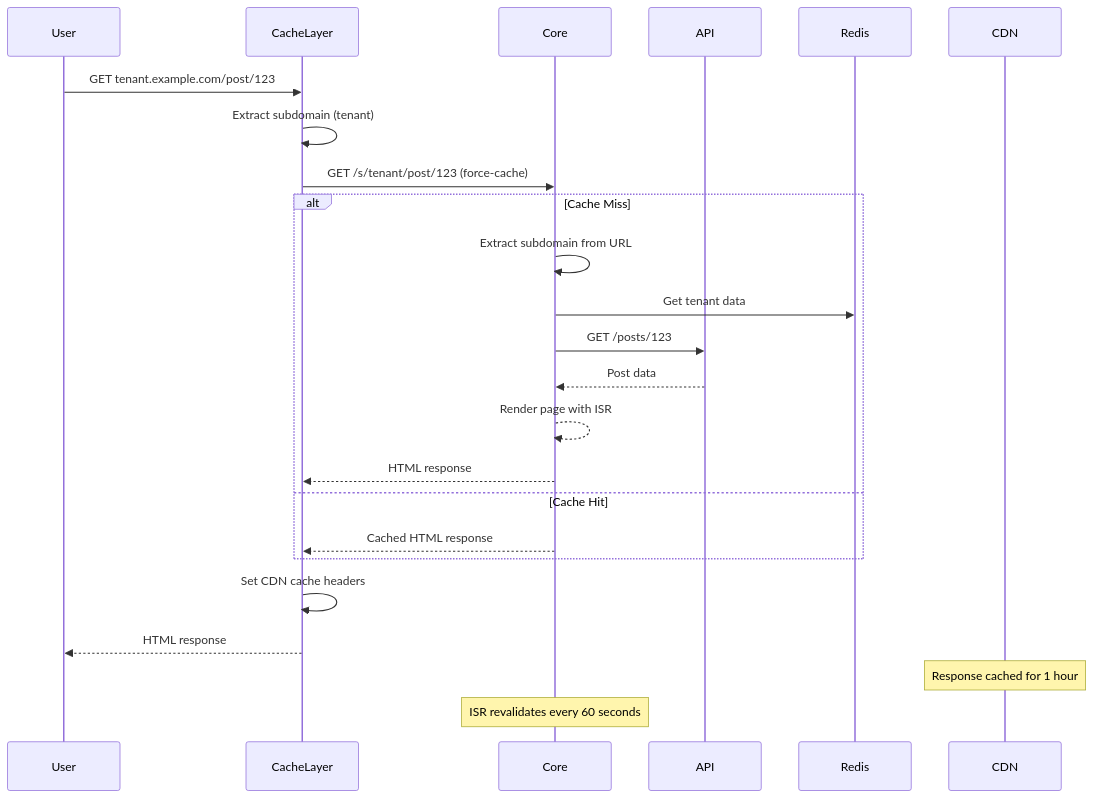
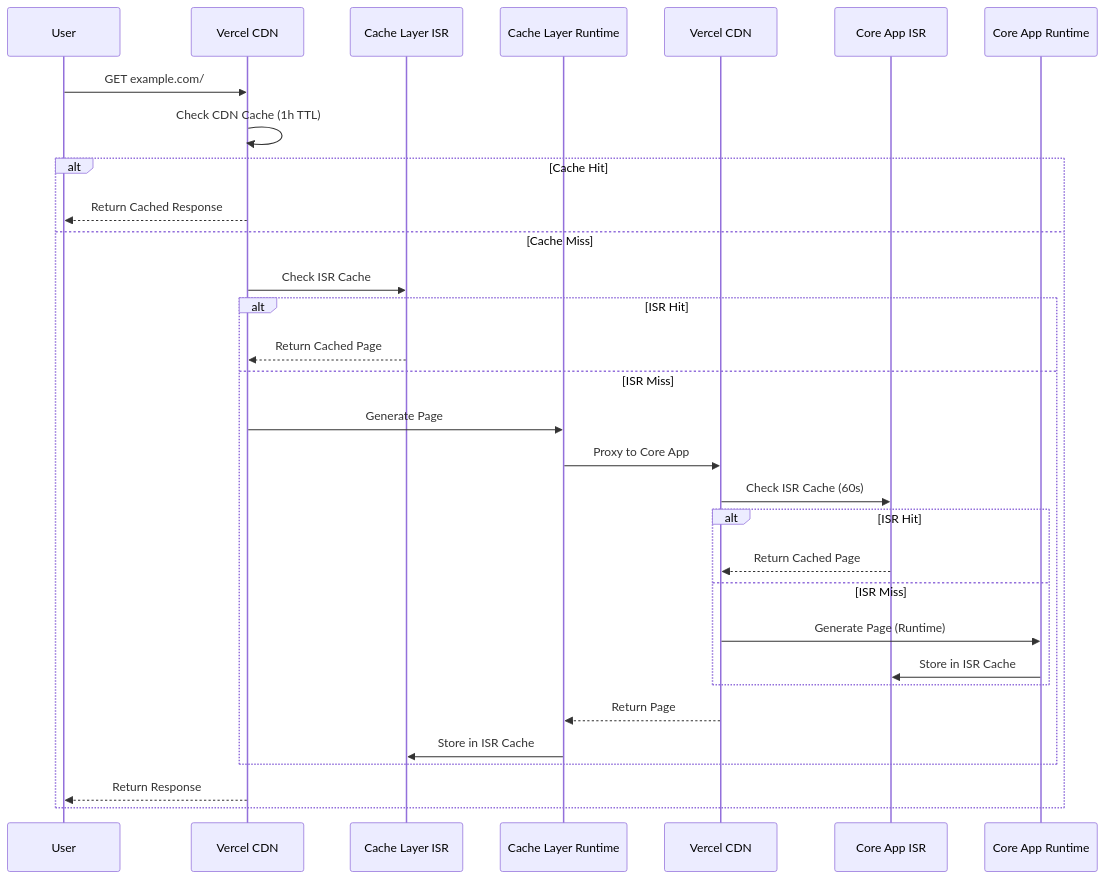
One commit to vercel-labs/isr-platform-shield changed the first of 4 diagrams in docs/ARCHITECTURE.md. Above: the diagram before and after it, drawn with Mermaid. The commit also changed other lines of this file and 13 other files, not shown here.

Commit message:
cleanup, docs, rearchitect routing system, etc

````diff
--- a/docs/ARCHITECTURE.md
+++ b/docs/ARCHITECTURE.md
@@ -78,30 +7,34 @@
 ```mermaid
 sequenceDiagram
-    participant User
-    participant CacheLayer
-    participant Core
-    participant API
-    participant Redis
-    participant CDN
+    participant U as User
+    participant VCL as Vercel CDN
+    participant VCL_ISR as Cache Layer ISR
+    participant VCL_RT as Cache Layer Runtime
+    participant VCA as Vercel CDN
+    participant VCA_ISR as Core App ISR
+    participant VCA_RT as Core App Runtime
 
-    User->>CacheLayer: GET tenant.example.com/post/123
-    CacheLayer->>CacheLayer: Extract subdomain (tenant)
-    CacheLayer->>Core: GET /s/tenant/post/123 (force-cache)
-
-    alt Cache Miss
-        Core->>Core: Extract subdomain from URL
-        Core->>Redis: Get tenant data
-        Core->>API: GET /posts/123
-        API-->>Core: Post data
-        Core-->>Core: Render page with ISR
-        Core-->>CacheLayer: HTML response
-    else Cache Hit
-        Core-->>CacheLayer: Cached HTML response
+    U->>VCL: GET example.com/
+    VCL->>VCL: Check CDN Cache (1h TTL)
+    alt Cache Hit
+        VCL-->>U: Return Cached Response
+    else Cache Miss
+        VCL->>VCL_ISR: Check ISR Cache
+        alt ISR Hit
+            VCL_ISR-->>VCL: Return Cached Page
+        else ISR Miss
+            VCL->>VCL_RT: Generate Page
+            VCL_RT->>VCA: Proxy to Core App
+            VCA->>VCA_ISR: Check ISR Cache (60s)
+            alt ISR Hit
+                VCA_ISR-->>VCA: Return Cached Page
+            else ISR Miss
+                VCA->>VCA_RT: Generate Page (Runtime)
+                VCA_RT->>VCA_ISR: Store in ISR Cache
+            end
+            VCA-->>VCL_RT: Return Page
+            VCL_RT->>VCL_ISR: Store in ISR Cache
+        end
+        VCL-->>U: Return Response
     end
-
-    CacheLayer->>CacheLayer: Set CDN cache headers
-    CacheLayer-->>User: HTML response
-
-    Note over CDN: Response cached for 1 hour
-    Note over Core: ISR revalidates every 60 seconds
 ```
````
